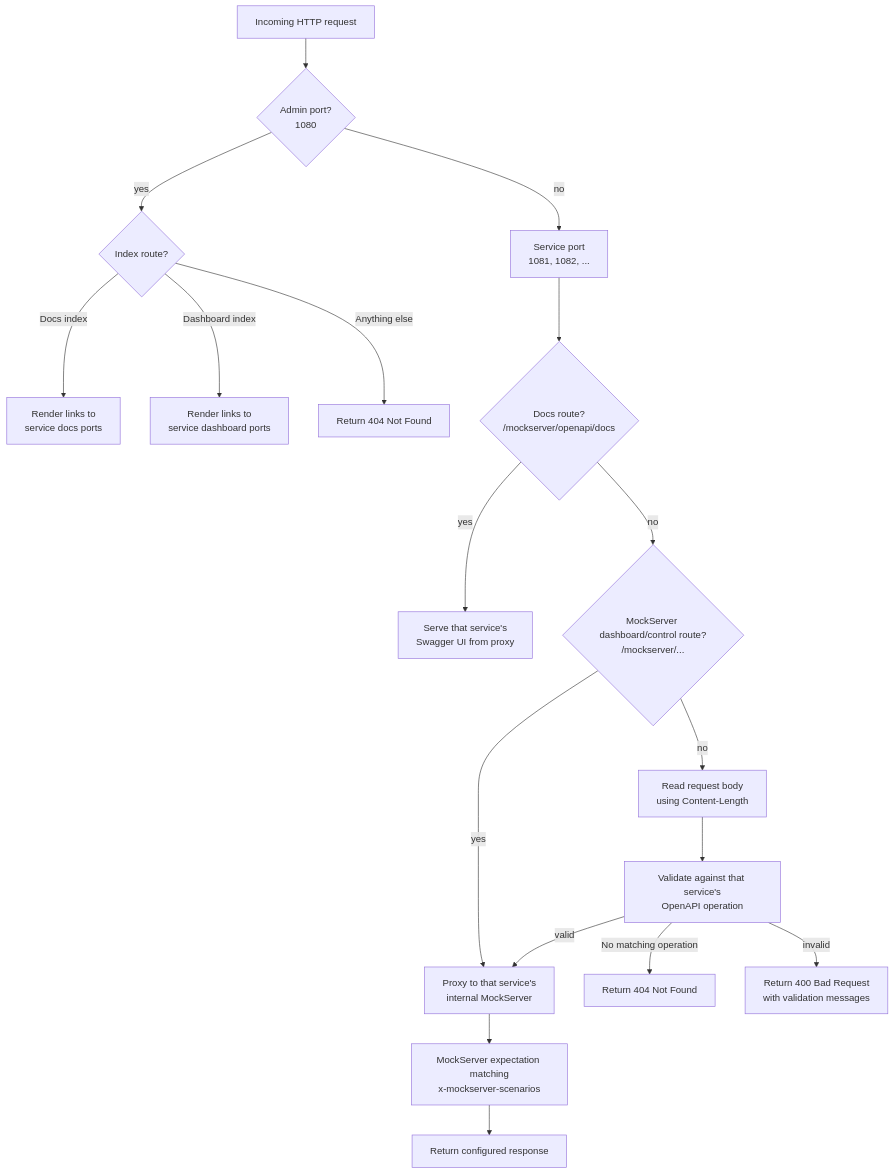
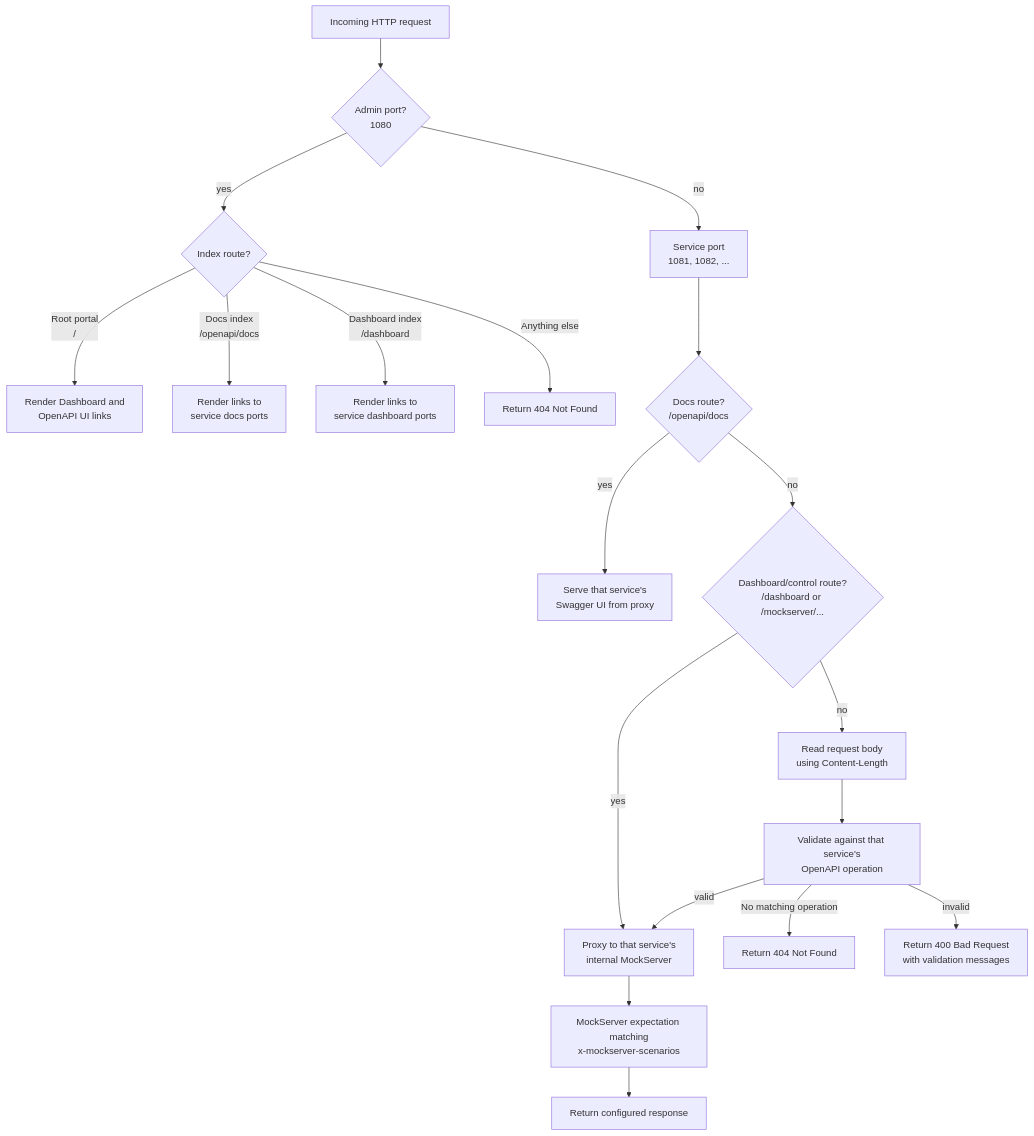
The diagram in README.md (bilal-fazlani/mockserver-openapi-scenario-extension), drawn with Mermaid before and after one commit. The commit also changed other lines of this file and 12 other files, not shown here.

Commit message:
Add root admin portal

````diff
--- a/README.md
+++ b/README.md
@@ -139,27 +146,28 @@
 ```mermaid
 flowchart TD
     A["Incoming HTTP request"] --> B{"Admin port?<br/>1080"}
 
     B -- yes --> C{"Index route?"}
-    C -- "Docs index" --> D["Render links to<br/>service docs ports"]
-    C -- "Dashboard index" --> E["Render links to<br/>service dashboard ports"]
-    C -- "Anything else" --> F["Return 404 Not Found"]
+    C -- "Root portal<br/>/" --> D["Render Dashboard and<br/>OpenAPI UI links"]
+    C -- "Docs index<br/>/openapi/docs" --> E["Render links to<br/>service docs ports"]
+    C -- "Dashboard index<br/>/dashboard" --> F["Render links to<br/>service dashboard ports"]
+    C -- "Anything else" --> Z["Return 404 Not Found"]
 
     B -- no --> G["Service port<br/>1081, 1082, ..."]
-    G --> H{"Docs route?<br/>/mockserver/openapi/docs"}
+    G --> H{"Docs route?<br/>/openapi/docs"}
 
     H -- yes --> I["Serve that service's<br/>Swagger UI from proxy"]
-    H -- no --> J{"MockServer dashboard/control route?<br/>/mockserver/..."}
+    H -- no --> J{"Dashboard/control route?<br/>/dashboard or /mockserver/..."}
 
     J -- yes --> K["Proxy to that service's<br/>internal MockServer"]
     J -- no --> L["Read request body<br/>using Content-Length"]
 
     L --> M["Validate against that service's<br/>OpenAPI operation"]
 
     M -- "No matching operation" --> N["Return 404 Not Found"]
     M -- invalid --> O["Return 400 Bad Request<br/>with validation messages"]
     M -- valid --> K
 
     K --> P["MockServer expectation matching<br/>x-mockserver-scenarios"]
     P --> Q["Return configured response"]
 ```
````
